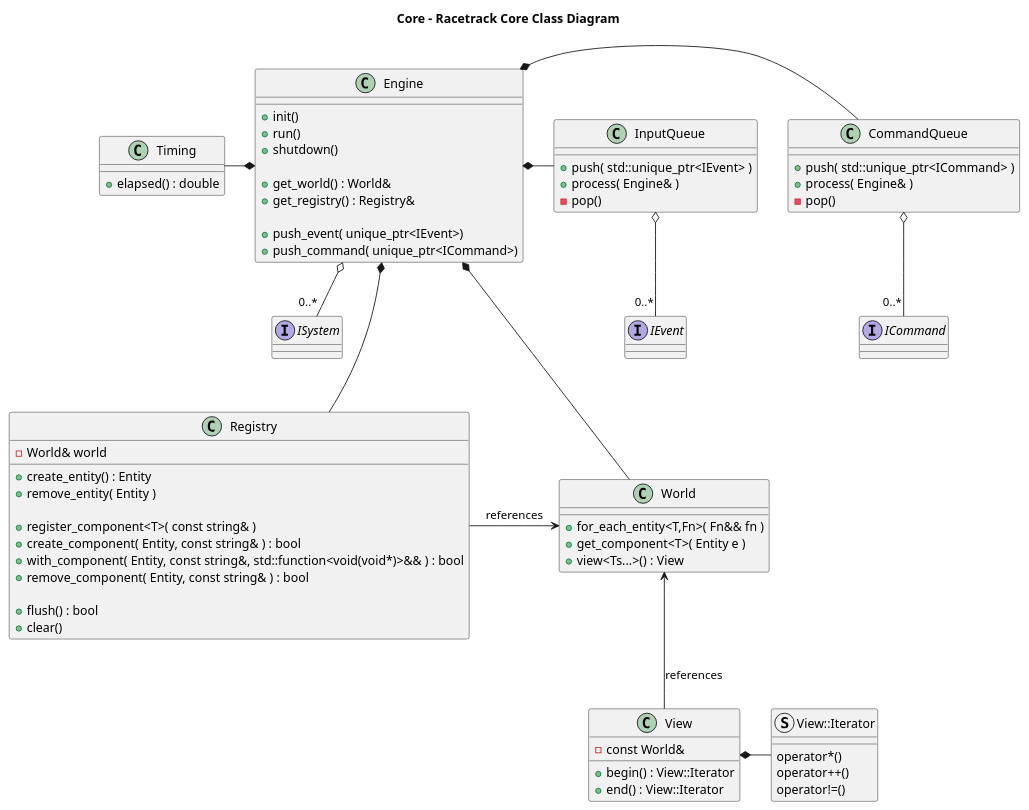
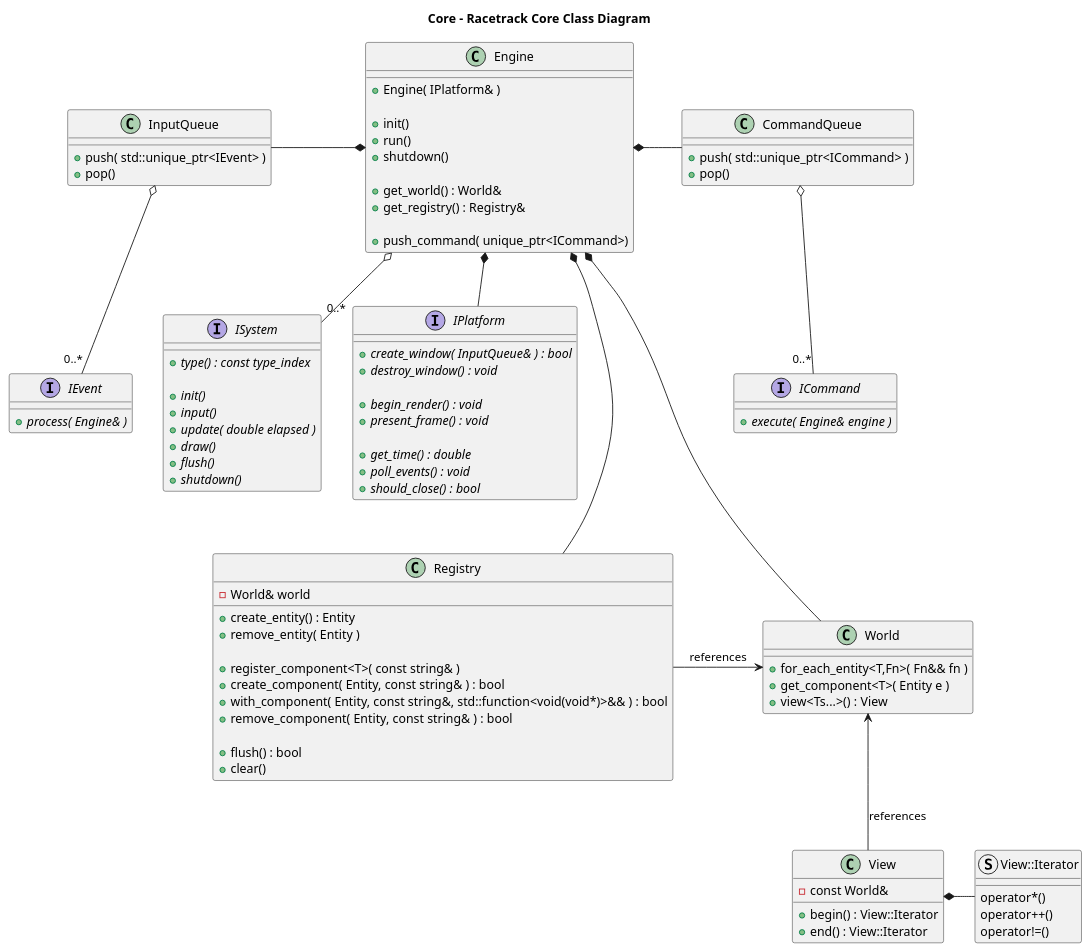
One commit to alwinl/racetrack changed the diagram in doc/core.puml. Above: the diagram before and after it, drawn with PlantUML. The commit also changed 19 other files, not shown here.

```diff
--- a/doc/core.puml
+++ b/doc/core.puml
@@ -1,93 +1,122 @@
 @startuml core.puml
 title Core - Racetrack Core Class Diagram
 
 class Engine
 {
+	+Engine( IPlatform& )
+
 	+init()
 	+run()
 	+shutdown()
 
 	+get_world() : World&
 	+get_registry() : Registry&
 
-	+push_event( unique_ptr<IEvent>)
+	' +push_event( unique_ptr<IEvent>)
 	+push_command( unique_ptr<ICommand>)
 }
 
 class World
 {
 	+for_each_entity<T,Fn>( Fn&& fn )
 	+get_component<T>( Entity e )
 	+view<Ts...>() : View
 }
 
 class Registry
 {
 	-World& world
 
 	+create_entity() : Entity
 	+remove_entity( Entity )
 
 	+register_component<T>( const string& )
     +create_component( Entity, const string& ) : bool
 	+with_component( Entity, const string&, std::function<void(void*)>&& ) : bool
     +remove_component( Entity, const string& ) : bool
 
     +flush() : bool
     +clear()
 }
 
 class View
 {
 	-const World&
 
 	+begin() : View::Iterator
 	+end() : View::Iterator
 }
 
 struct View::Iterator
 {
 	operator*()
 	operator++()
 	operator!=()
 }
 
-class Timing
-{
-	+elapsed() : double
-}
-
 class CommandQueue
 {
 	+push( std::unique_ptr<ICommand> )
-	+process( Engine& )
-	-pop()
+	+pop()
 }
 
 class InputQueue
 {
 	+push( std::unique_ptr<IEvent> )
-	+process( Engine& )
-	-pop()
+	+pop()
+}
+
+interface ICommand
+{
+	+{abstract} execute( Engine& engine )
+}
+
+interface ISystem
+{
+    +{abstract} type() : const type_index
+
+    +{abstract} init()
+    +{abstract} input()
+    +{abstract} update( double elapsed )
+    +{abstract} draw()
+    +{abstract} flush()
+    +{abstract} shutdown()
 }
 
 interface IEvent
-interface ICommand
-interface ISystem
+{
+	+{abstract} process( Engine& )
+}
+
+interface IPlatform
+{
+	 +{abstract} create_window( InputQueue& ) : bool
+	 +{abstract} destroy_window() : void
+
+	 +{abstract} begin_render() : void
+	 +{abstract} present_frame() : void
+
+	 +{abstract} get_time() : double
+	 +{abstract} poll_events() : void
+	 +{abstract} should_close() : bool
+
+}
+
+
 
 Registry -> World : references
 
 View *- View::Iterator
 World <-- View : references
 
 InputQueue o-- "0..*" IEvent
 CommandQueue o-- "0..*" ICommand
 Engine o-- "0..*" ISystem
 
+Engine *-- IPlatform
 Engine *--- World
 Engine *--- Registry
-Timing -* Engine
 Engine *- CommandQueue
-Engine *- InputQueue
+InputQueue -* Engine
 
 @enduml
```
